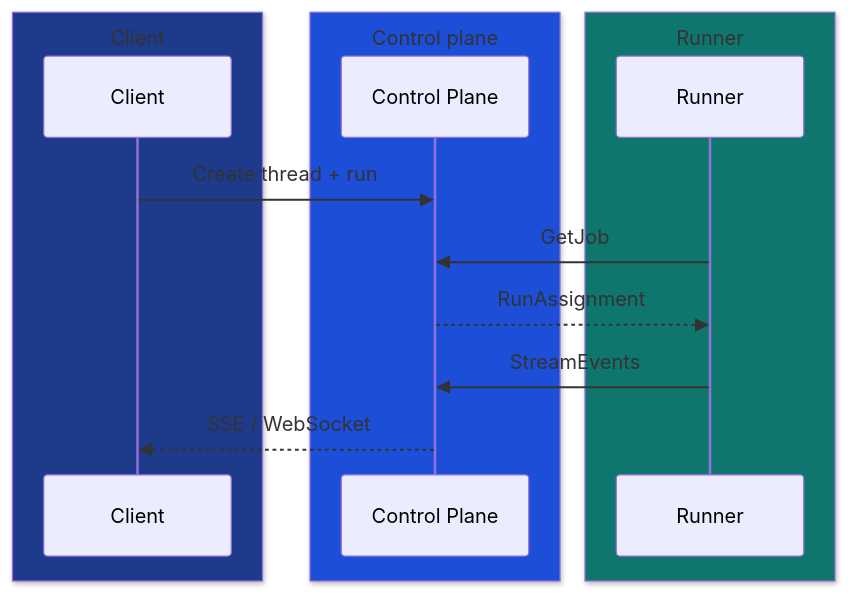
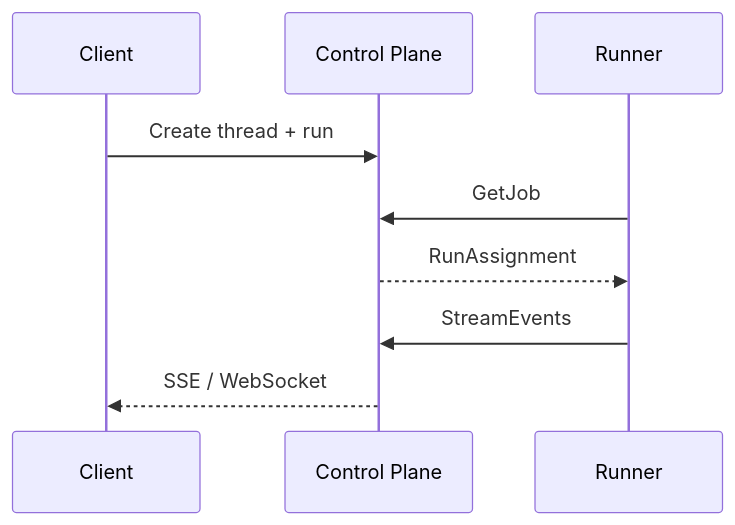
Before and after one commit to getrunkite/runkite: the second of 2 diagrams in README.md, drawn with Mermaid. The commit also changed other lines of this file and 4 other files, not shown here.

First line of the commit message:
Fix README visuals: PNG ecosystem map and lighter Mermaid colors.

````diff
--- a/README.md
+++ b/README.md
@@ -71,17 +71,11 @@
 ```mermaid
 sequenceDiagram
-  box rgb(30,58,138) Client
-    participant C as Client
-  end
-  box rgb(29,78,216) Control plane
-    participant CP as Control Plane
-  end
-  box rgb(15,118,110) Runner
-    participant R as Runner
-  end
+  participant C as Client
+  participant CP as Control Plane
+  participant R as Runner
   C->>CP: Create thread + run
   R->>CP: GetJob
   CP-->>R: RunAssignment
   R->>CP: StreamEvents
   CP-->>C: SSE / WebSocket
 ```
````
